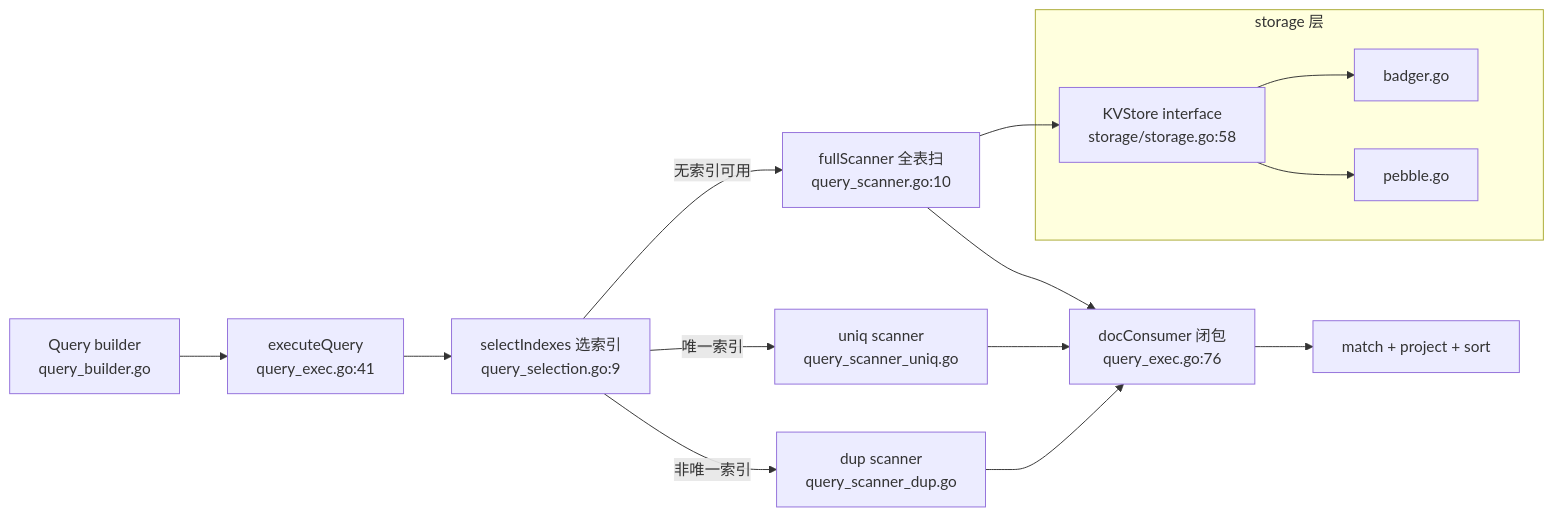
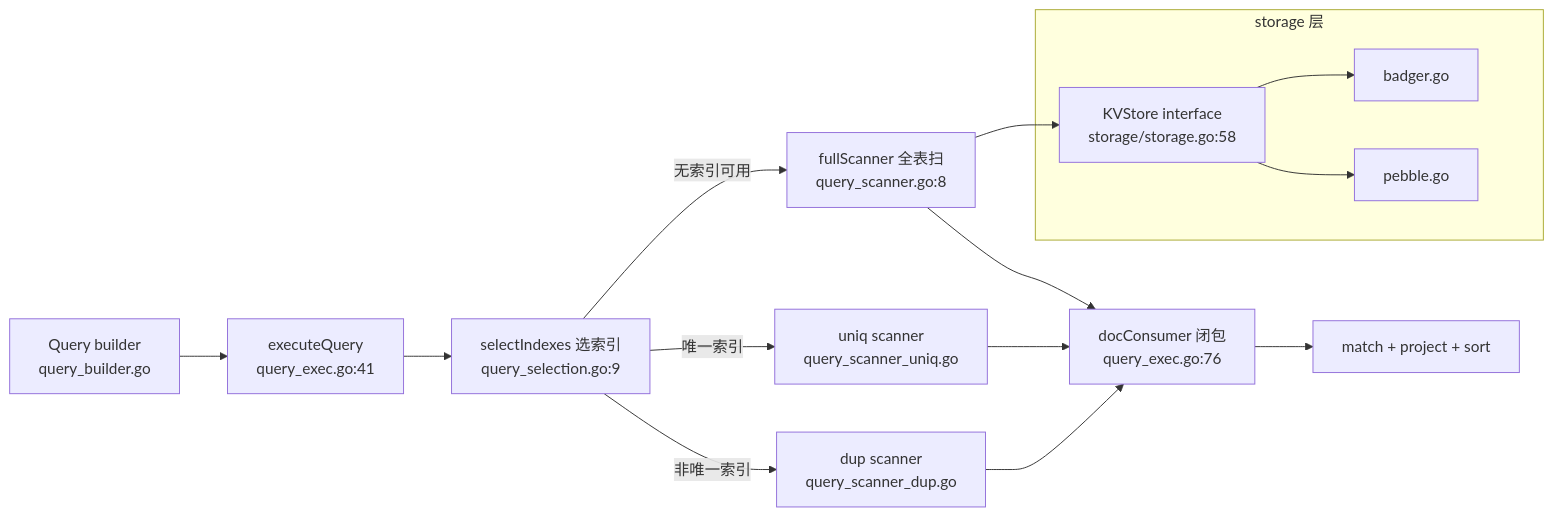
Before and after one commit to yumubi/golearn: the diagram in docs/p4-ejdb.md, drawn with Mermaid. The commit also changed other lines of this file and 7 other files, not shown here.

````diff
--- a/docs/p4-ejdb.md
+++ b/docs/p4-ejdb.md
@@ -34,18 +140,18 @@
 ```mermaid
 flowchart LR
     Q[Query builder<br/>query_builder.go] --> X[executeQuery<br/>query_exec.go:41]
     X --> S[selectIndexes 选索引<br/>query_selection.go:9]
-    S -->|无索引可用| FS[fullScanner 全表扫<br/>query_scanner.go:10]
+    S -->|无索引可用| FS[fullScanner 全表扫<br/>query_scanner.go:8]
     S -->|唯一索引| US[uniq scanner<br/>query_scanner_uniq.go]
     S -->|非唯一索引| DS[dup scanner<br/>query_scanner_dup.go]
     FS --> C[docConsumer 闭包<br/>query_exec.go:76]
     US --> C
     DS --> C
     C --> P[match + project + sort]
     subgraph storage 层
         KV[KVStore interface<br/>storage/storage.go:58]
         KV --> B[badger.go]
         KV --> PB[pebble.go]
     end
     FS --> KV
 ```
````
